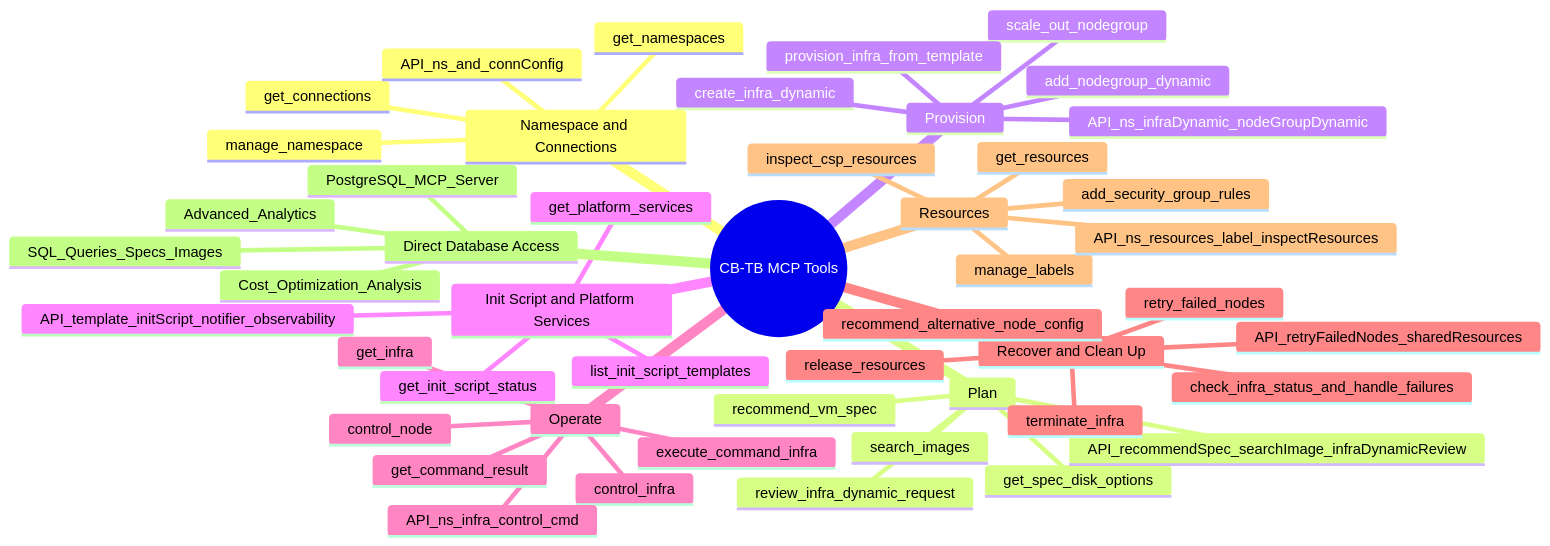
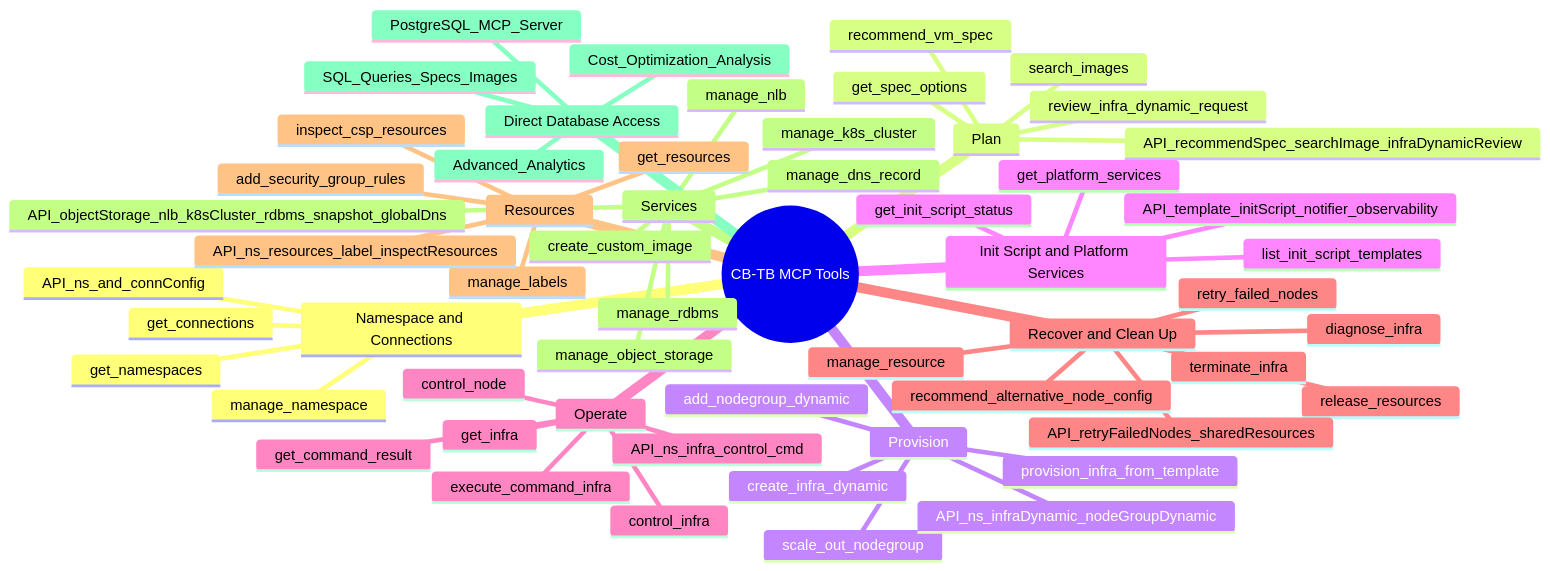
The sixth of 7 diagrams in src/interface/mcp/architecture.md (cloud-barista/cb-tumblebug), drawn with Mermaid before and after one commit. The commit also changed 26 other files, not shown here.

````diff
--- a/src/interface/mcp/architecture.md
+++ b/src/interface/mcp/architecture.md
@@ -238,58 +238,68 @@
 ```mermaid
 mindmap
   root((CB-TB MCP Tools))
     Namespace and Connections
       get_namespaces
       manage_namespace
       get_connections
       API_ns_and_connConfig
 
     Plan
       recommend_vm_spec
       search_images
       review_infra_dynamic_request
-      get_spec_disk_options
+      get_spec_options
       API_recommendSpec_searchImage_infraDynamicReview
 
     Provision
       create_infra_dynamic
       add_nodegroup_dynamic
       scale_out_nodegroup
       provision_infra_from_template
       API_ns_infraDynamic_nodeGroupDynamic
 
     Init Script and Platform Services
       list_init_script_templates
       get_init_script_status
       get_platform_services
       API_template_initScript_notifier_observability
 
     Operate
       get_infra
       control_infra
       control_node
       execute_command_infra
       get_command_result
       API_ns_infra_control_cmd
 
     Recover and Clean Up
-      check_infra_status_and_handle_failures
+      diagnose_infra
       retry_failed_nodes
       recommend_alternative_node_config
       terminate_infra
       release_resources
+      manage_resource
       API_retryFailedNodes_sharedResources
 
     Resources
       get_resources
       manage_labels
       add_security_group_rules
       inspect_csp_resources
       API_ns_resources_label_inspectResources
 
+    Services
+      manage_object_storage
+      manage_nlb
+      manage_k8s_cluster
+      manage_rdbms
+      create_custom_image
+      manage_dns_record
+      API_objectStorage_nlb_k8sCluster_rdbms_snapshot_globalDns
+
     Direct Database Access
       PostgreSQL_MCP_Server
       SQL_Queries_Specs_Images
       Advanced_Analytics
       Cost_Optimization_Analysis
 ```
````
